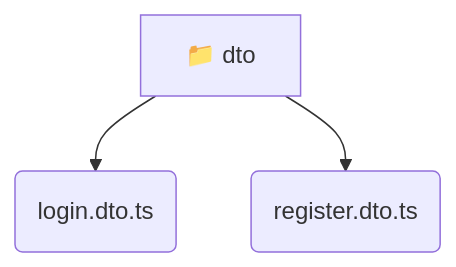
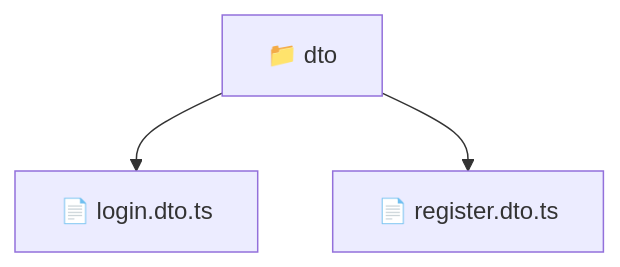
Before and after one commit to beginwebdev2002/fullstack-mavluda: the diagram in backend/src/modules/auth/dto/README.md, drawn with Mermaid. The commit also changed other lines of this file and 163 other files, not shown here.

````diff
--- a/backend/src/modules/auth/dto/README.md
+++ b/backend/src/modules/auth/dto/README.md
@@ -9,6 +10,6 @@
 ```mermaid
 graph TD
-  dto[📁 dto]
-  dto --> dto_login_dto_ts(login.dto.ts)
-  dto --> dto_register_dto_ts(register.dto.ts)
+  Root["📁 dto"]
+  Root --> logindtots["📄 login.dto.ts"]
+  Root --> registerdtots["📄 register.dto.ts"]
 ```
````
